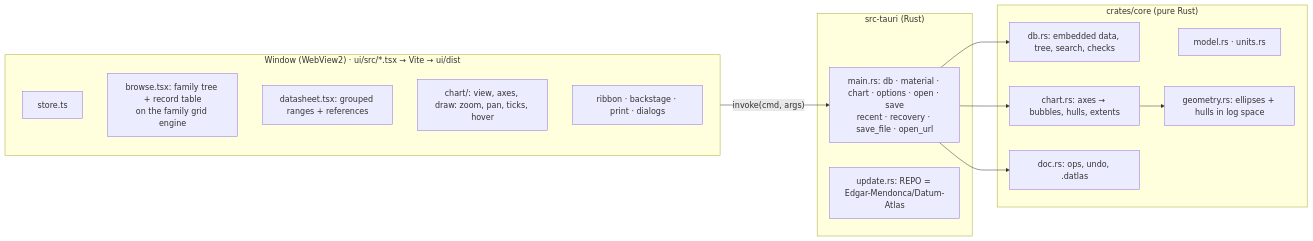
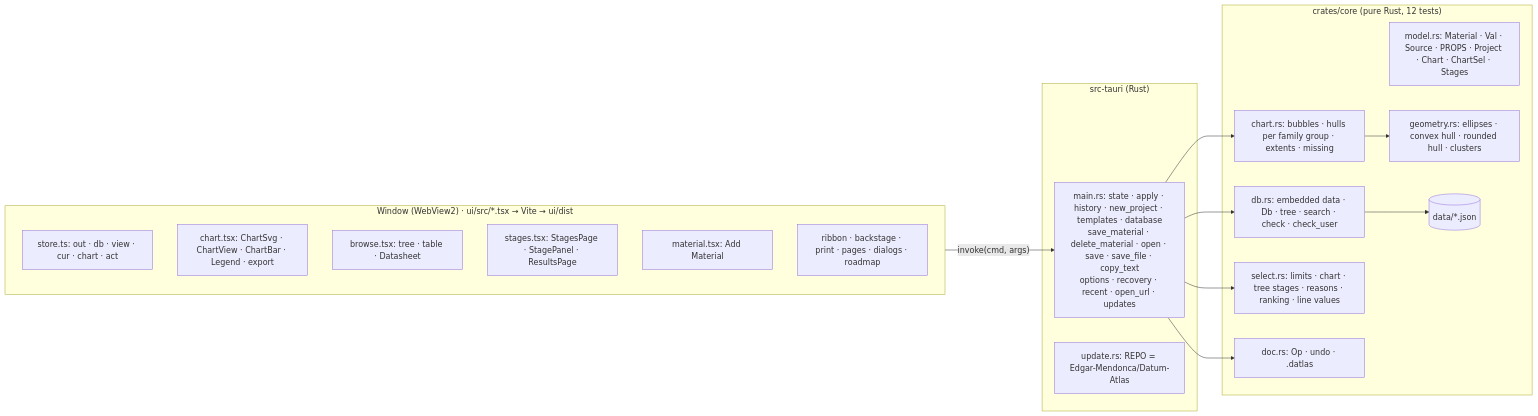
The diagram in docs/MEMORY.md (Edgar-Mendonca/Datum-Atlas), drawn with Mermaid before and after one commit. The commit also changed other lines of this file and 8 other files, not shown here.

First line of the commit message:
Datum Atlas 0.1.0: referenced materials, property charts, selection, your own materials

````diff
--- a/docs/MEMORY.md
+++ b/docs/MEMORY.md
@@ -20,23 +20,27 @@
 ```mermaid
 flowchart LR
   subgraph UI["Window (WebView2) · ui/src/*.tsx → Vite → ui/dist"]
-    Store[store.ts]
-    Browse[browse.tsx: family tree + record table<br/>on the family grid engine]
-    Sheet[datasheet.tsx: grouped ranges + references]
-    Chart[chart/: view, axes, draw: zoom, pan, ticks, hover]
-    BS[ribbon · backstage · print · dialogs]
+    Store[store.ts: out · db · view · cur · chart · act]
+    Chart[chart.tsx: ChartSvg · ChartView · ChartBar · Legend · export]
+    Browse[browse.tsx: tree · table · Datasheet]
+    Stages[stages.tsx: StagesPage · StagePanel · ResultsPage]
+    Mat[material.tsx: Add Material]
+    BS[ribbon · backstage · print · pages · dialogs · roadmap]
   end
   subgraph Shell["src-tauri (Rust)"]
-    Cmd[main.rs: db · material · chart · options · open · save<br/>recent · recovery · save_file · open_url]
+    Cmd[main.rs: state · apply · history · new_project · templates · database<br/>save_material · delete_material · open · save · save_file · copy_text<br/>options · recovery · recent · open_url · updates]
     Upd[update.rs: REPO = Edgar-Mendonca/Datum-Atlas]
   end
-  subgraph Core["crates/core (pure Rust)"]
-    Model[model.rs · units.rs]
-    Db[db.rs: embedded data, tree, search, checks]
-    Geo[geometry.rs: ellipses + hulls in log space]
-    Ch[chart.rs: axes → bubbles, hulls, extents]
-    Doc[doc.rs: ops, undo, .datlas]
+  subgraph Core["crates/core (pure Rust, 12 tests)"]
+    Model[model.rs: Material · Val · Source · PROPS · Project · Chart · ChartSel · Stages]
+    Db[db.rs: embedded data · Db · tree · search · check · check_user]
+    Geo[geometry.rs: ellipses · convex hull · rounded hull · clusters]
+    Ch[chart.rs: bubbles · hulls per family group · extents · missing]
+    Sel[select.rs: limits · chart · tree stages · reasons · ranking · line values]
+    Doc[doc.rs: Op · undo · .datlas]
+    Data[(data/*.json)]
   end
-  UI -- "invoke(cmd, args)" --> Cmd --> Db & Ch & Doc
+  UI -- "invoke(cmd, args)" --> Cmd --> Doc & Ch & Sel & Db
   Ch --> Geo
+  Db --> Data
 ```
````
